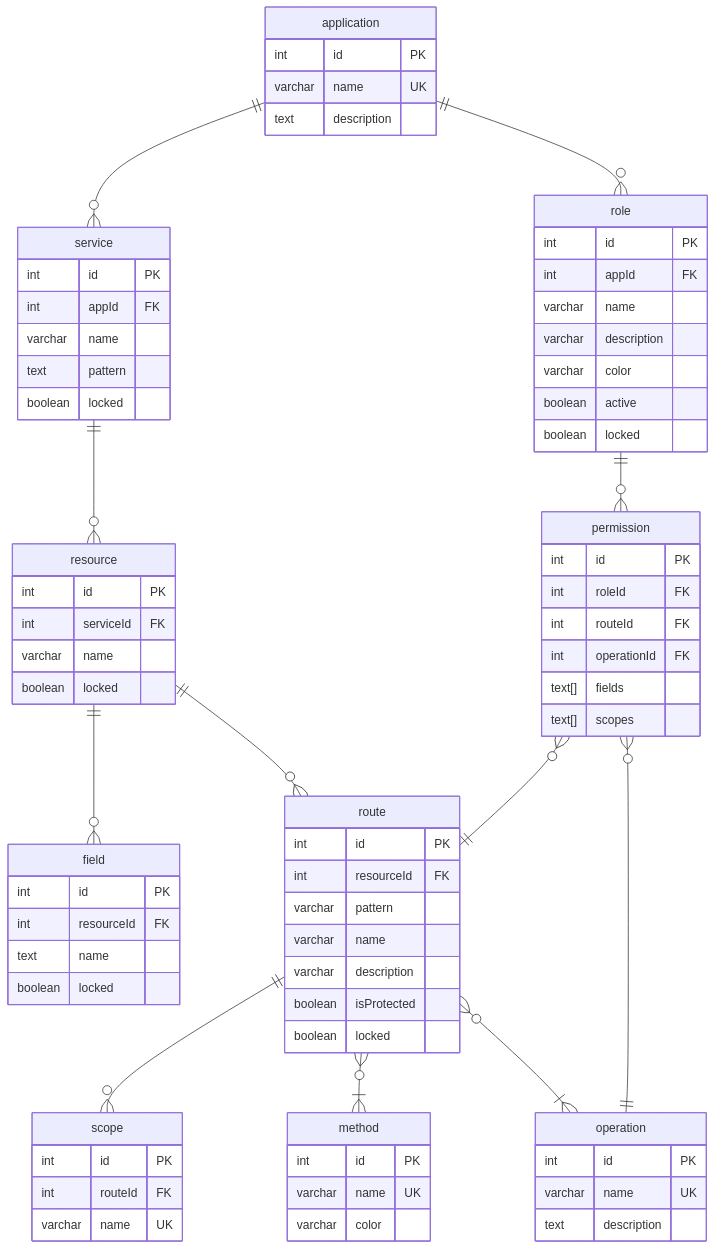
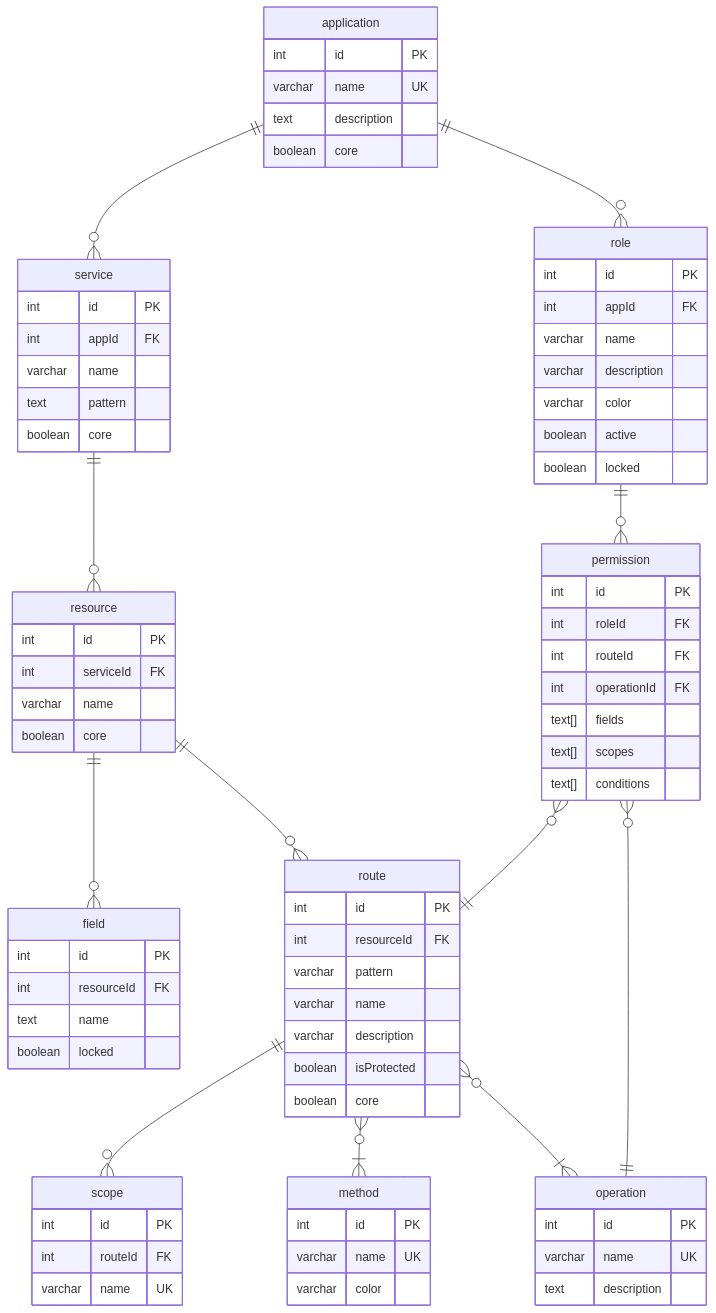
Before and after one commit to ALTEN-group/Gatelin: the first of 2 diagrams in doc/erd.md, drawn with Mermaid. The commit also changed 26 other files, not shown here.

```diff
--- a/doc/erd.md
+++ b/doc/erd.md
@@ -24,6 +24,7 @@
     int id PK
     varchar name UK
     text description
+    boolean core
   }
 
   role {
@@ -43,6 +44,7 @@
     int operationId FK
     text[] fields
     text[] scopes
+    text[] conditions
   }
 
   service {
@@ -50,14 +52,14 @@
     int appId FK
     varchar name
     text pattern
-    boolean locked
+    boolean core
   }
 
   resource {
     int id PK
     int serviceId FK
     varchar name
-    boolean locked
+    boolean core
   }
 
   route {
@@ -67,7 +69,7 @@
     varchar name
     varchar description
     boolean isProtected
-    boolean locked
+    boolean core
   }
 
   method {
```
